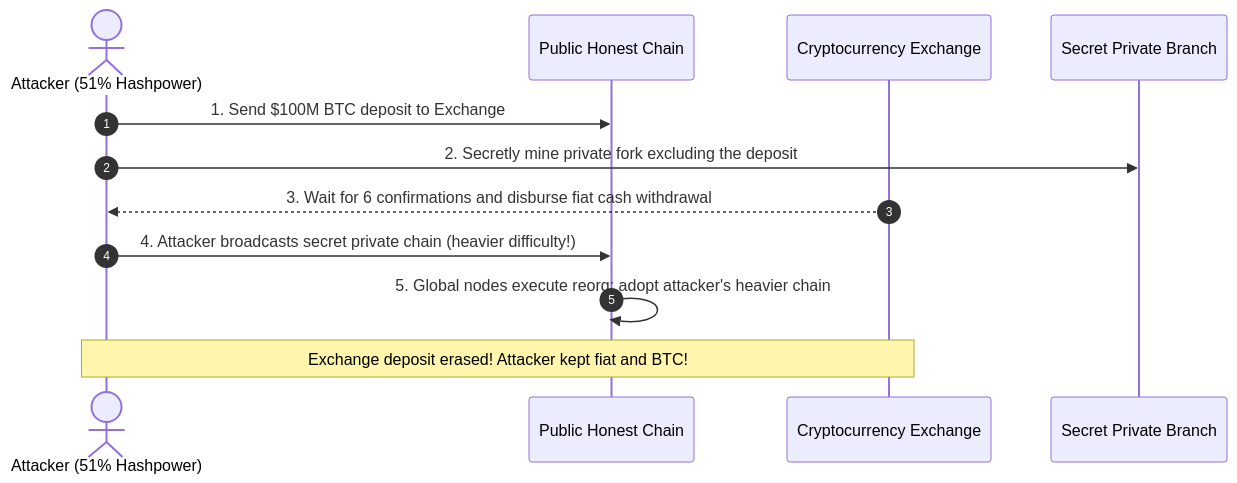
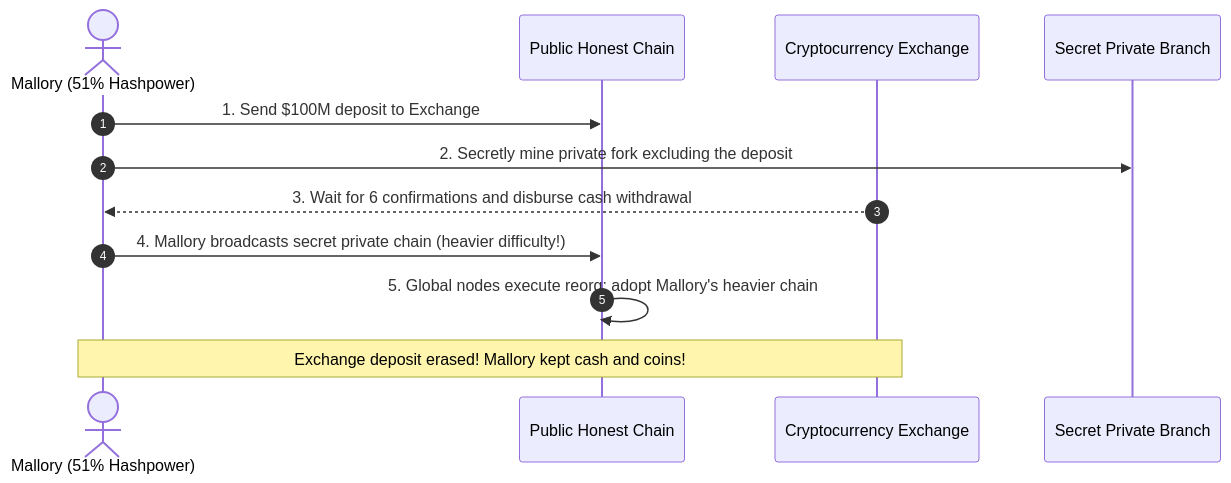
One commit to rafifmsn/modules changed the fifth of 6 diagrams in docs/learn/fundamentals/03-consensus-and-game-theory/02-proof-of-work-and-nakamoto-consensus.md. Above: the diagram before and after it, drawn with Mermaid. The commit also changed other lines of this file and 26 other files, not shown here.

Commit message:
refactor(docs): refine narrative flow, historical depth, and personas across fundamentals track

````diff
--- a/docs/learn/fundamentals/03-consensus-and-game-theory/02-proof-of-work-and-nakamoto-consensus.md
+++ b/docs/learn/fundamentals/03-consensus-and-game-theory/02-proof-of-work-and-nakamoto-consensus.md
@@ -175,15 +176,15 @@
 ```mermaid
 sequenceDiagram
     autonumber
-    actor Attacker as Attacker (51% Hashpower)
+    actor Mallory as Mallory (51% Hashpower)
     participant Public as Public Honest Chain
     participant Exchange as Cryptocurrency Exchange
     participant Private as Secret Private Branch
 
-    Attacker->>Public: 1. Send $100M BTC deposit to Exchange
-    Attacker->>Private: 2. Secretly mine private fork excluding the deposit
-    Exchange-->>Attacker: 3. Wait for 6 confirmations and disburse fiat cash withdrawal
-    Attacker->>Public: 4. Attacker broadcasts secret private chain (heavier difficulty!)
-    Public->>Public: 5. Global nodes execute reorg: adopt attacker's heavier chain
-    Note over Exchange,Attacker: Exchange deposit erased! Attacker kept fiat and BTC!
+    Mallory->>Public: 1. Send $100M deposit to Exchange
+    Mallory->>Private: 2. Secretly mine private fork excluding the deposit
+    Exchange-->>Mallory: 3. Wait for 6 confirmations and disburse cash withdrawal
+    Mallory->>Public: 4. Mallory broadcasts secret private chain (heavier difficulty!)
+    Public->>Public: 5. Global nodes execute reorg: adopt Mallory's heavier chain
+    Note over Exchange,Mallory: Exchange deposit erased! Mallory kept cash and coins!
 ```
````
